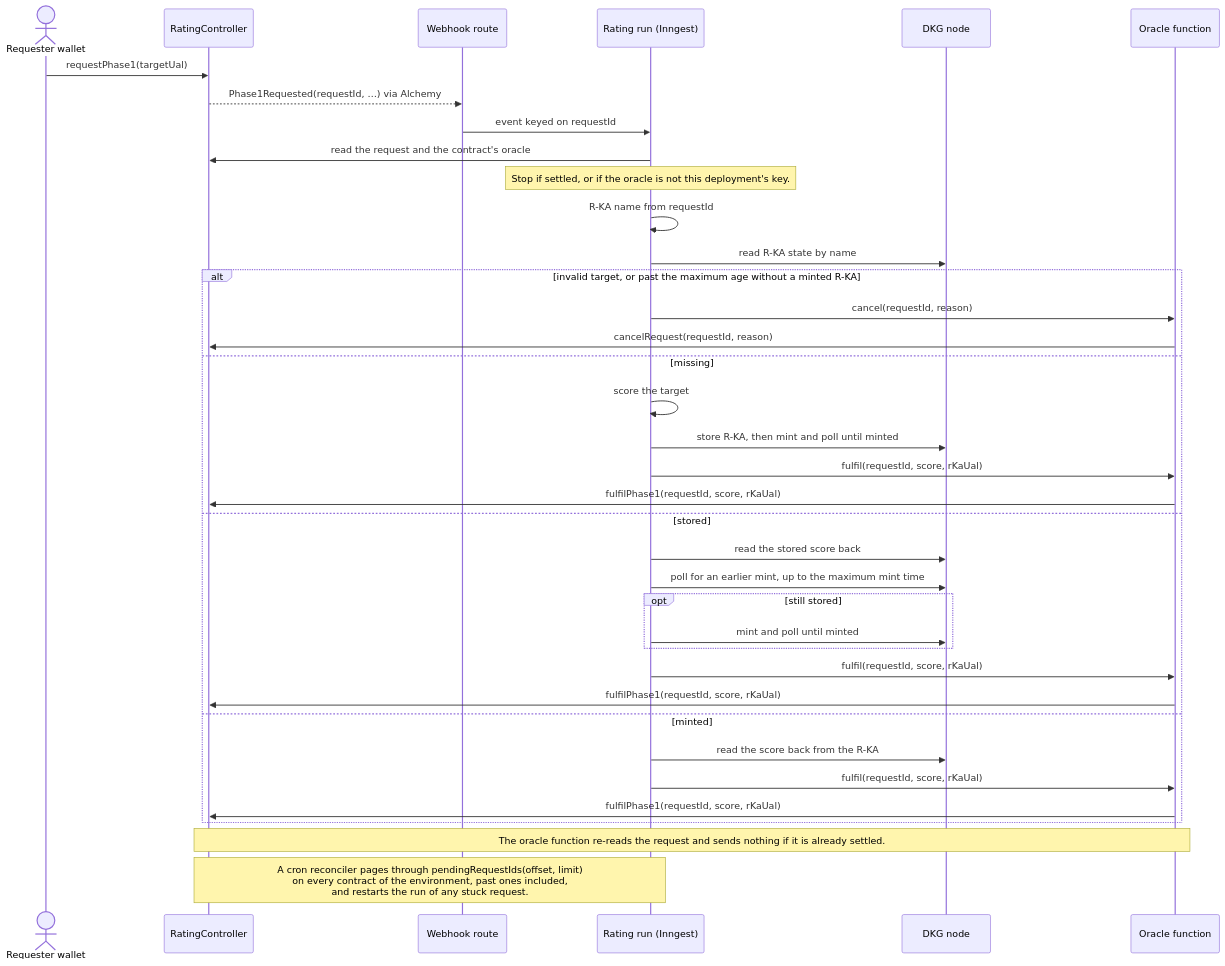
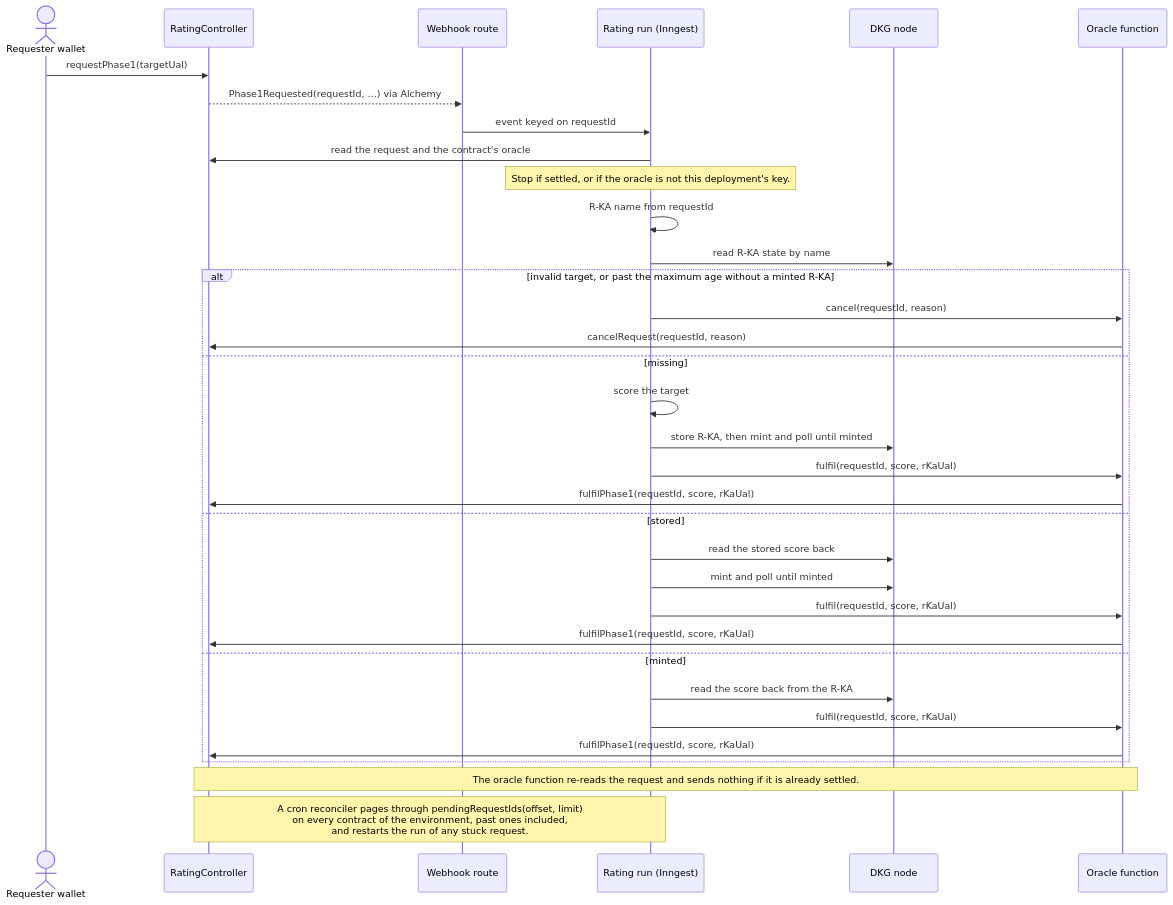
One commit to SiegfriedBz/verisci changed the third of 3 diagrams in README.md. Above: the diagram before and after it, drawn with Mermaid. The commit also changed other lines of this file and 11 other files, not shown here.

````diff
--- a/README.md
+++ b/README.md
@@ -123,39 +123,36 @@
 ```mermaid
 sequenceDiagram
   actor U as Requester wallet
   participant C as RatingController
   participant W as Webhook route
   participant R as Rating run (Inngest)
   participant N as DKG node
   participant O as Oracle function
   U->>C: requestPhase1(targetUal)
   C-->>W: Phase1Requested(requestId, …) via Alchemy
   W->>R: event keyed on requestId
   R->>C: read the request and the contract's oracle
   Note over R: Stop if settled, or if the oracle is not this deployment's key.
   R->>R: R-KA name from requestId
   R->>N: read R-KA state by name
   alt invalid target, or past the maximum age without a minted R-KA
     R->>O: cancel(requestId, reason)
     O->>C: cancelRequest(requestId, reason)
   else missing
     R->>R: score the target
     R->>N: store R-KA, then mint and poll until minted
     R->>O: fulfil(requestId, score, rKaUal)
     O->>C: fulfilPhase1(requestId, score, rKaUal)
   else stored
     R->>N: read the stored score back
-    R->>N: poll for an earlier mint, up to the maximum mint time
-    opt still stored
-      R->>N: mint and poll until minted
-    end
+    R->>N: mint and poll until minted
     R->>O: fulfil(requestId, score, rKaUal)
     O->>C: fulfilPhase1(requestId, score, rKaUal)
   else minted
     R->>N: read the score back from the R-KA
     R->>O: fulfil(requestId, score, rKaUal)
     O->>C: fulfilPhase1(requestId, score, rKaUal)
   end
   Note over C,O: The oracle function re-reads the request and sends nothing if it is already settled.
   Note over C,R: A cron reconciler pages through pendingRequestIds(offset, limit)<br/>on every contract of the environment, past ones included,<br/>and restarts the run of any stuck request.
 ```
````
